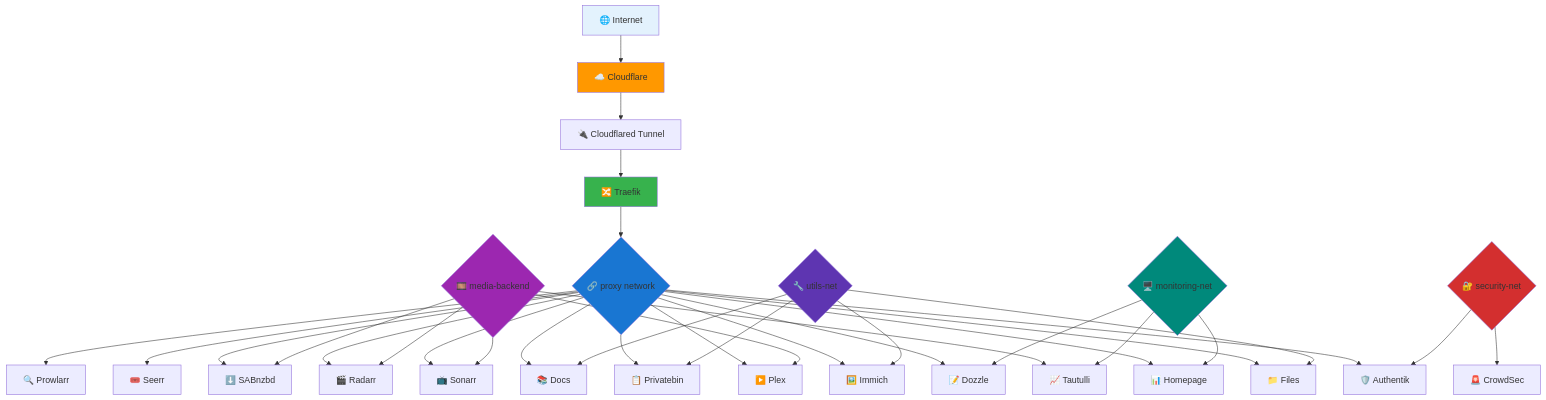
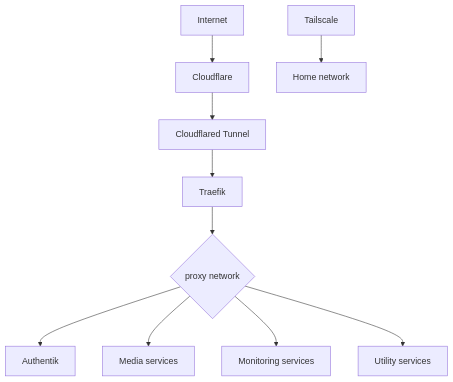
One commit to antwanchild/docs changed the diagram in wiki/docs/homelab/networking.md. Above: the diagram before and after it, drawn with Mermaid. The commit also changed other lines of this file, not shown here.

````diff
--- a/wiki/docs/homelab/networking.md
+++ b/wiki/docs/homelab/networking.md
@@ -31,50 +16,14 @@
 ```mermaid
 graph TB
-    Internet["🌐 Internet"] --> CF["☁️ Cloudflare"]
-    CF --> Tunnel["🔌 Cloudflared Tunnel"]
-    Tunnel --> Traefik["🔀 Traefik"]
-    
-    Traefik --> Proxy{"🔗 proxy network"}
-    
-    Proxy --> Auth["🛡️ Authentik"]
-    Proxy --> Home["📊 Homepage"]
-    Proxy --> Dozzle["📝 Dozzle"]
-    Proxy --> Files["📁 Files"]
-    Proxy --> Plex["▶️ Plex"]
-    Proxy --> Seerr["🎟️ Seerr"]
-    Proxy --> Sonarr["📺 Sonarr"]
-    Proxy --> Radarr["🎬 Radarr"]
-    Proxy --> Prowlarr["🔍 Prowlarr"]
-    Proxy --> SAB["⬇️ SABnzbd"]
-    Proxy --> Immich["🖼️ Immich"]
-    Proxy --> Paste["📋 Privatebin"]
-    Proxy --> Docs["📚 Docs"]
+    Internet["Internet"] --> CF["Cloudflare"]
+    CF --> Tunnel["Cloudflared Tunnel"]
+    Tunnel --> Traefik["Traefik"]
+    Traefik --> Proxy{"proxy network"}
 
-    Media{"🎞️ media-backend"} --> Plex
-    Media --> Sonarr
-    Media --> Radarr
-    Media --> SAB
-    Media --> Tautulli["📈 Tautulli"]
-    
-    Monitor{"🖥️ monitoring-net"} --> Home
-    Monitor --> Dozzle
-    Monitor --> Tautulli
-    
-    Security{"🔐 security-net"} --> Auth
-    Security --> CrowdSec["🚨 CrowdSec"]
-    
-    Utils{"🔧 utils-net"} --> Immich
-    Utils --> Files
-    Utils --> Paste
-    Utils --> Docs
+    Proxy --> Auth["Authentik"]
+    Proxy --> Media["Media services"]
+    Proxy --> Monitor["Monitoring services"]
+    Proxy --> Utils["Utility services"]
 
-    
-    style Internet fill:#e3f2fd
-    style CF fill:#ff9800
-    style Traefik fill:#37b24d
-    style Proxy fill:#1976d2
-    style Media fill:#9c27b0
-    style Monitor fill:#00897b
-    style Security fill:#d32f2f
-    style Utils fill:#5e35b1
+    Tail["Tailscale"] --> Home["Home network"]
 ```
````
